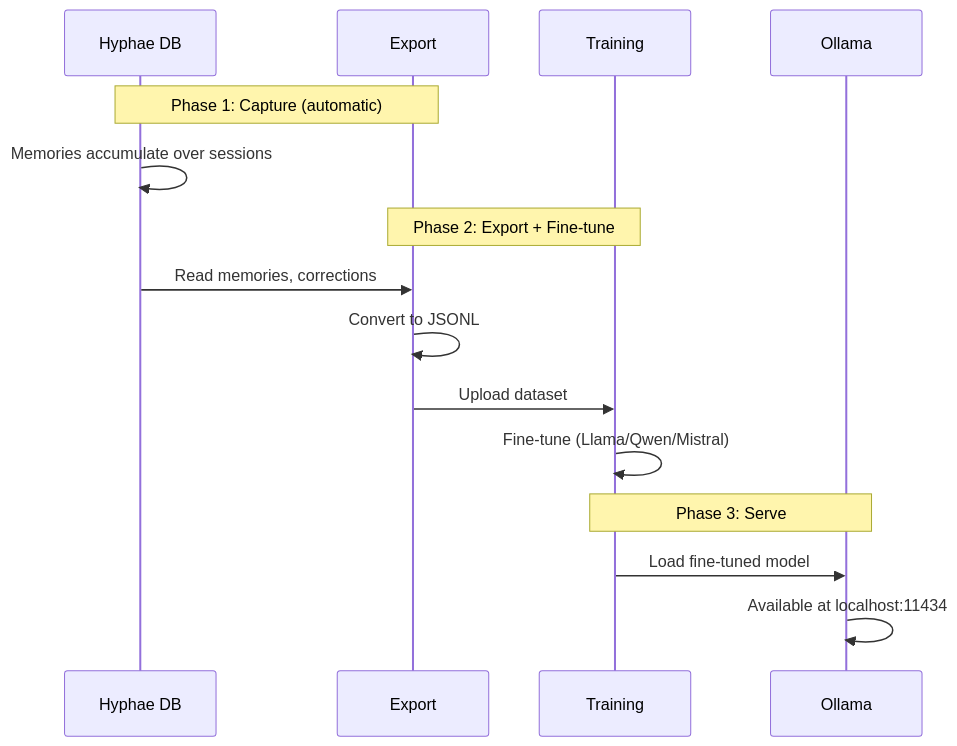
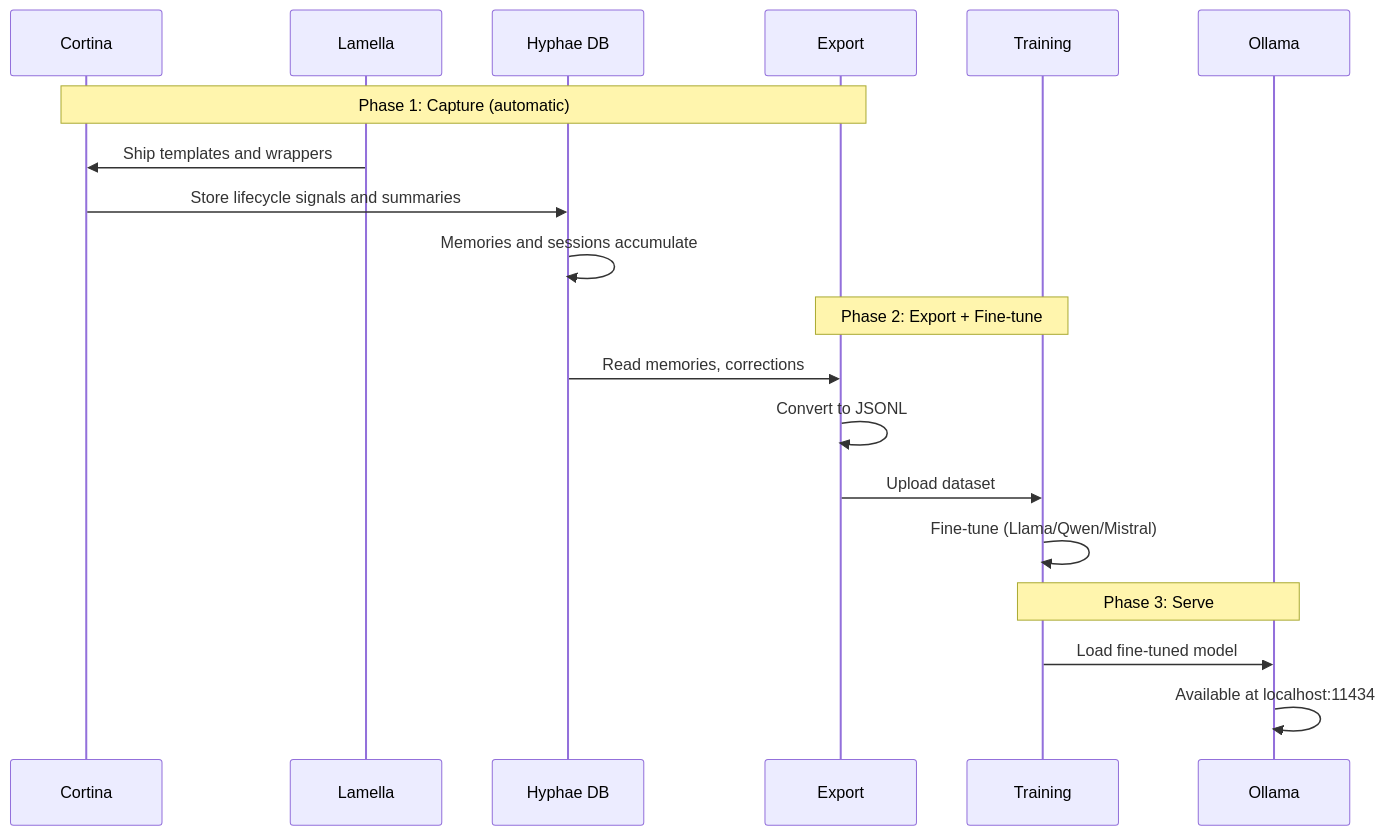
The second of 2 diagrams in docs/LLM-TRAINING.md (basidiocarp/.github), drawn with Mermaid before and after one commit. The commit also changed other lines of this file and 17 other files, not shown here.

````diff
--- a/docs/LLM-TRAINING.md
+++ b/docs/LLM-TRAINING.md
@@ -57,20 +57,24 @@
 ```mermaid
 sequenceDiagram
+    participant C as Cortina
+    participant L as Lamella
     participant H as Hyphae DB
     participant E as Export
     participant P as Training
     participant O as Ollama
 
-    Note over H,E: Phase 1: Capture (automatic)
-    H->>H: Memories accumulate over sessions
+    Note over C,E: Phase 1: Capture (automatic)
+    L->>C: Ship templates and wrappers
+    C->>H: Store lifecycle signals and summaries
+    H->>H: Memories and sessions accumulate
     
     Note over E,P: Phase 2: Export + Fine-tune
     H->>E: Read memories, corrections
     E->>E: Convert to JSONL
     E->>P: Upload dataset
     P->>P: Fine-tune (Llama/Qwen/Mistral)
 
     Note over P,O: Phase 3: Serve
     P->>O: Load fine-tuned model
     O->>O: Available at localhost:11434
 ```
````
